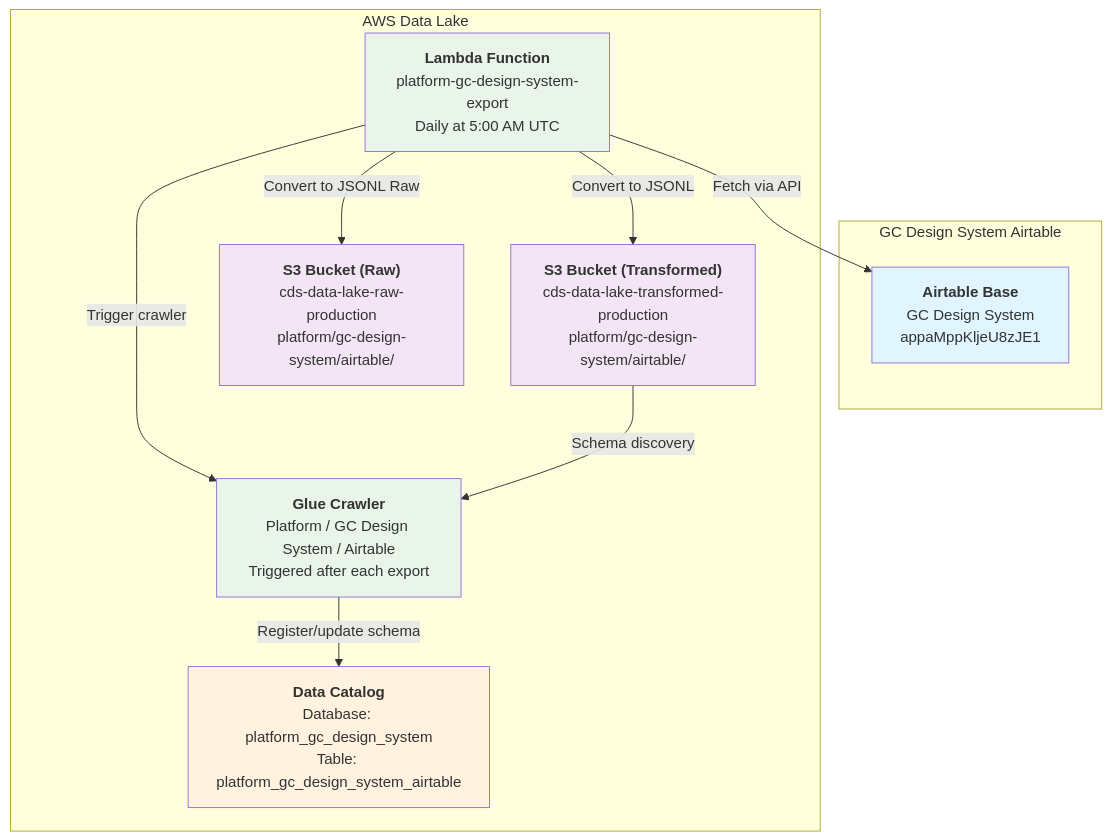
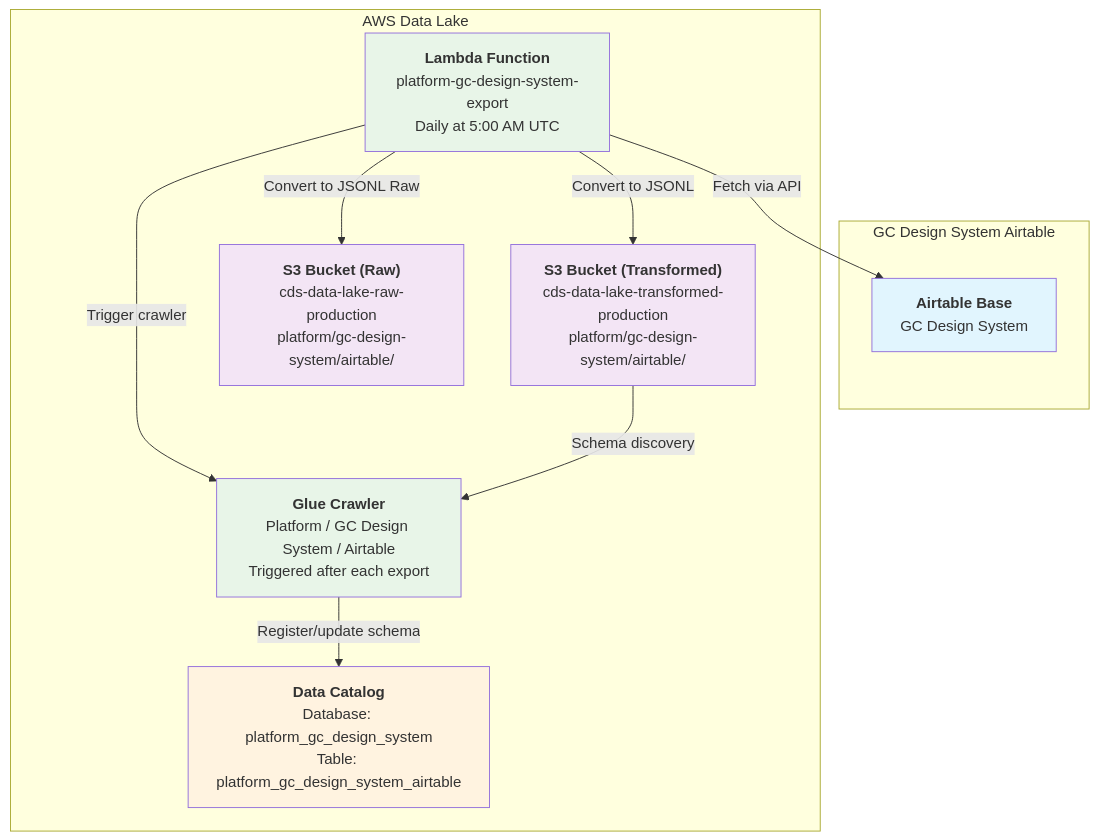
One commit to cds-snc/data-lake changed the diagram in docs/data/pipelines/platform/gc-design-system/airtable.md. Above: the diagram before and after it, drawn with Mermaid.

````diff
--- a/docs/data/pipelines/platform/gc-design-system/airtable.md
+++ b/docs/data/pipelines/platform/gc-design-system/airtable.md
@@ -35,39 +35,39 @@
 ```mermaid
 graph TD
     %% Source Systems
-    Airtable["`**Airtable Base**<br/>GC Design System<br/>appaMppKljeU8zJE1`"]
+    Airtable["`**Airtable Base**<br/>GC Design System`"]
     
     %% Storage
     TransS3["`**S3 Bucket (Transformed)**<br/>cds-data-lake-transformed-production<br/>platform/gc-design-system/airtable/`"]
     RawS3["`**S3 Bucket (Raw)**<br/>cds-data-lake-raw-production<br/>platform/gc-design-system/airtable/`"]
     
     %% Processing
     Lambda["`**Lambda Function**<br/>platform-gc-design-system-export<br/>Daily at 5:00 AM UTC`"]
     Crawler["`**Glue Crawler**<br/>Platform / GC Design System / Airtable<br/>Triggered after each export`"]
     CatalogTransformed["`**Data Catalog**<br/>Database: platform_gc_design_system<br/>Table: platform_gc_design_system_airtable`"]
 
     %% Flow
     subgraph airtable_source[GC Design System Airtable]
         Airtable
     end
 
     subgraph aws_datalake[AWS Data Lake]
         Lambda --> |Fetch via API|Airtable
         Lambda --> |Convert to JSONL|TransS3
         Lambda --> |Convert to JSONL Raw|RawS3
         Lambda --> |Trigger crawler|Crawler
         Crawler --> |Register/update schema|CatalogTransformed
         TransS3 --> |Schema discovery|Crawler
     end
 
     %% Styling
     classDef source fill:#e1f5fe
     classDef storage fill:#f3e5f5
     classDef processing fill:#e8f5e8
     classDef catalog fill:#fff3e0
 
     class Airtable source
     class TransS3,RawS3 storage
     class Lambda,Crawler processing
     class CatalogTransformed catalog
 ```
````
